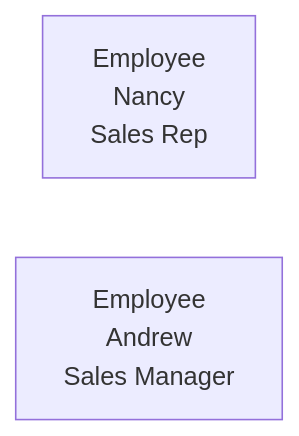
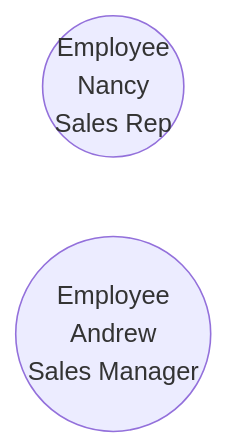
One commit to neo4j-graphacademy/courses changed the first of 13 diagrams in asciidoc/courses/workshop-importing/modules/2-data-modeling/lessons/7-refactoring/lesson.adoc. Above: the diagram before and after it, drawn with Mermaid. The commit also changed other lines of this file and 15 other files, not shown here.

````diff
--- a/asciidoc/courses/workshop-importing/modules/2-data-modeling/lessons/7-refactoring/lesson.adoc
+++ b/asciidoc/courses/workshop-importing/modules/2-data-modeling/lessons/7-refactoring/lesson.adoc
@@ -54,5 +54,5 @@
 ```mermaid
 graph LR
-    A[Employee<br/>Nancy<br/>Sales Rep]
-    B[Employee<br/>Andrew<br/>Sales Manager]
+    A((Employee<br/>Nancy<br/>Sales Rep))
+    B((Employee<br/>Andrew<br/>Sales Manager))
 ```
````
